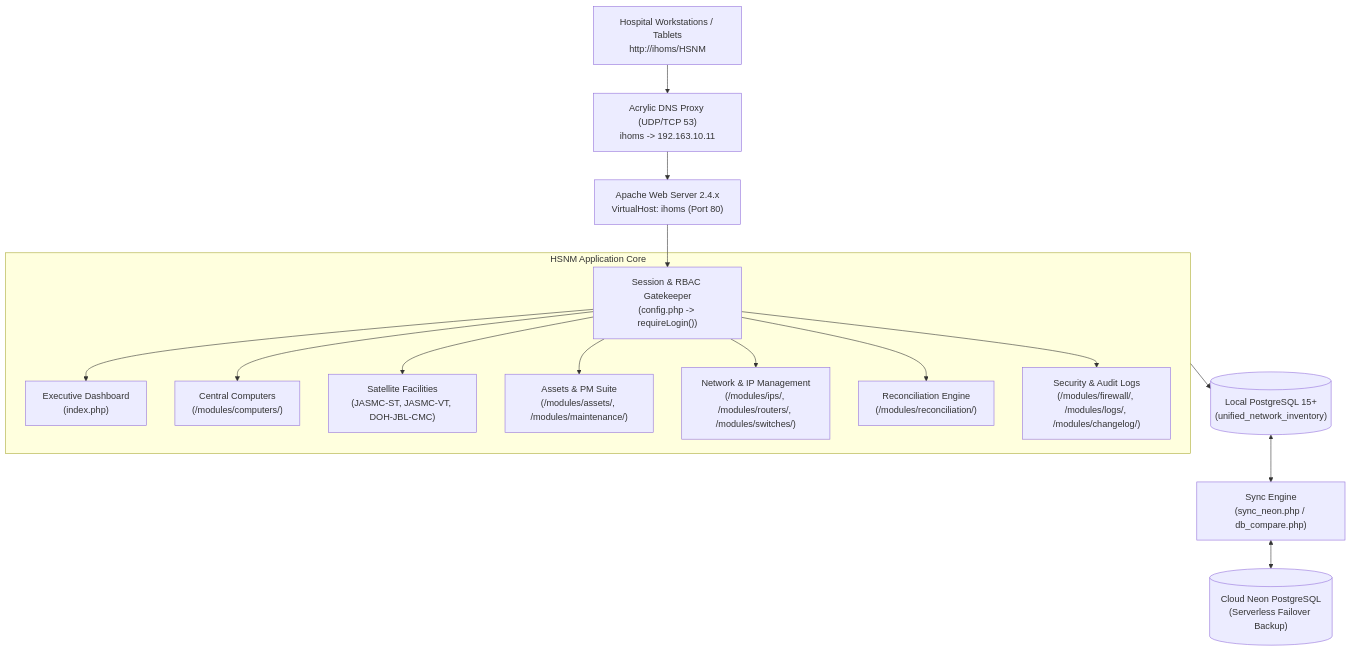
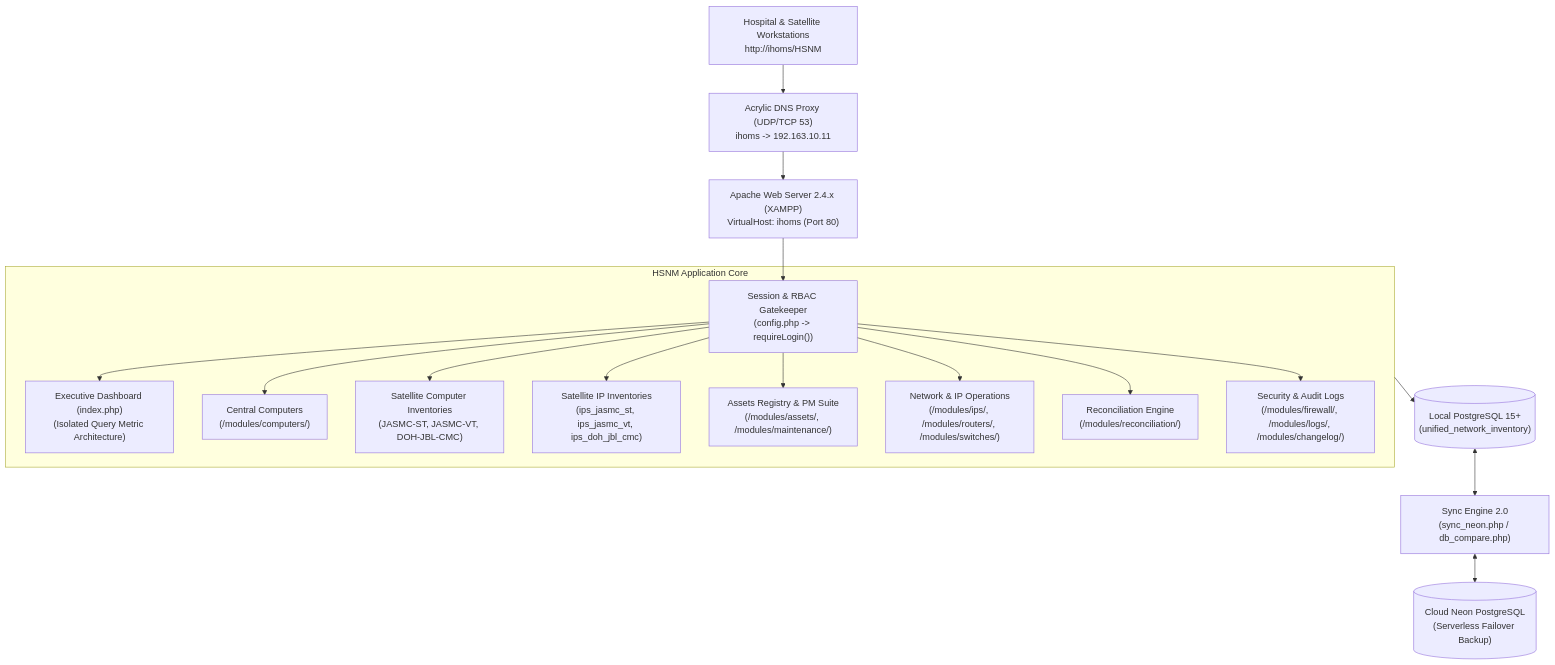
Before and after one commit to brocabo18/HSNM: the first of 3 diagrams in SYSTEM_DOCUMENTATION.md, drawn with Mermaid. The commit also changed other lines of this file and 4 other files, not shown here.

````diff
--- a/SYSTEM_DOCUMENTATION.md
+++ b/SYSTEM_DOCUMENTATION.md
@@ -38,20 +39,21 @@
 ```mermaid
 flowchart TD
-    Client["Hospital Workstations / Tablets<br/>http://ihoms/HSNM"] --> Acrylic["Acrylic DNS Proxy (UDP/TCP 53)<br/>ihoms -> 192.163.10.11"]
-    Acrylic --> Apache["Apache Web Server 2.4.x<br/>VirtualHost: ihoms (Port 80)"]
+    Client["Hospital & Satellite Workstations<br/>http://ihoms/HSNM"] --> Acrylic["Acrylic DNS Proxy (UDP/TCP 53)<br/>ihoms -> 192.163.10.11"]
+    Acrylic --> Apache["Apache Web Server 2.4.x (XAMPP)<br/>VirtualHost: ihoms (Port 80)"]
     Apache --> AuthGate["Session & RBAC Gatekeeper<br/>(config.php -> requireLogin())"]
     
     subgraph AppCore["HSNM Application Core"]
-        AuthGate --> Dashboard["Executive Dashboard<br/>(index.php)"]
+        AuthGate --> Dashboard["Executive Dashboard (index.php)<br/>(Isolated Query Metric Architecture)"]
         AuthGate --> CompMain["Central Computers<br/>(/modules/computers/)"]
-        AuthGate --> Satellites["Satellite Facilities<br/>(JASMC-ST, JASMC-VT, DOH-JBL-CMC)"]
-        AuthGate --> AssetsMaint["Assets & PM Suite<br/>(/modules/assets/, /modules/maintenance/)"]
-        AuthGate --> NetOps["Network & IP Management<br/>(/modules/ips/, /modules/routers/, /modules/switches/)"]
+        AuthGate --> SatComp["Satellite Computer Inventories<br/>(JASMC-ST, JASMC-VT, DOH-JBL-CMC)"]
+        AuthGate --> SatIP["Satellite IP Inventories<br/>(ips_jasmc_st, ips_jasmc_vt, ips_doh_jbl_cmc)"]
+        AuthGate --> AssetsMaint["Assets Registry & PM Suite<br/>(/modules/assets/, /modules/maintenance/)"]
+        AuthGate --> NetOps["Network & IP Operations<br/>(/modules/ips/, /modules/routers/, /modules/switches/)"]
         AuthGate --> Recon["Reconciliation Engine<br/>(/modules/reconciliation/)"]
         AuthGate --> SysSec["Security & Audit Logs<br/>(/modules/firewall/, /modules/logs/, /modules/changelog/)"]
     end
     
     AppCore --> LocalPostgres[("Local PostgreSQL 15+<br/>(unified_network_inventory)")]
-    LocalPostgres <--> SyncWorker["Sync Engine<br/>(sync_neon.php / db_compare.php)"]
+    LocalPostgres <--> SyncWorker["Sync Engine 2.0<br/>(sync_neon.php / db_compare.php)"]
     SyncWorker <--> CloudNeon[("Cloud Neon PostgreSQL<br/>(Serverless Failover Backup)")]
 ```
````
